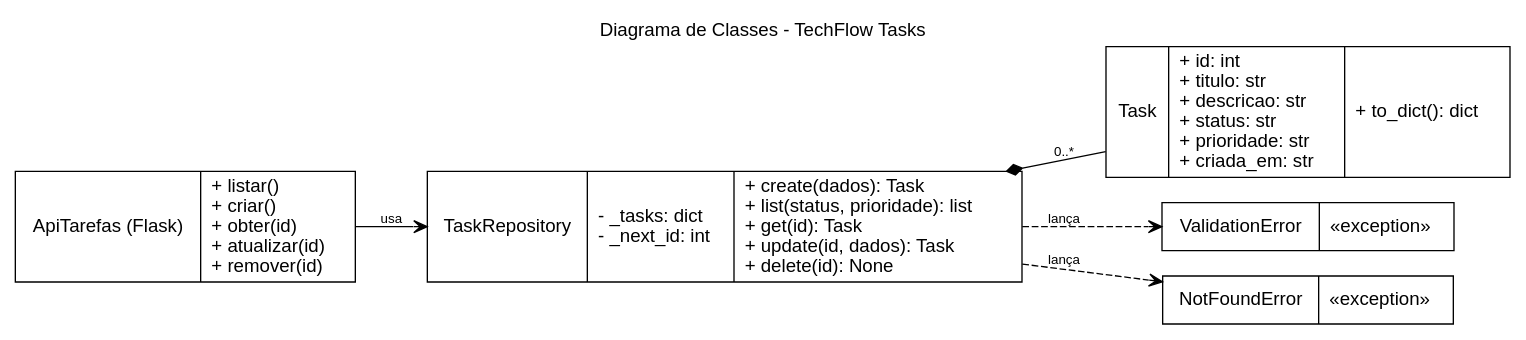
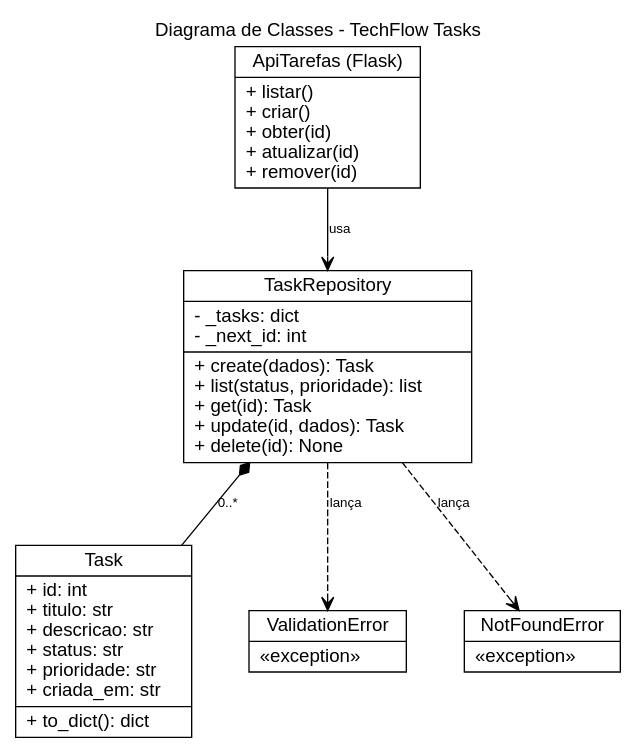
Before and after one commit to Fernando-dev241/techflow-tasks: the diagram in docs/diagrama_classes.dot, drawn with Graphviz. The commit also changed 4 other files, not shown here.

Commit message:
docs: melhora legibilidade dos diagramas UML (casos de uso e classes)

```diff
--- a/docs/diagrama_classes.dot
+++ b/docs/diagrama_classes.dot
@@ -1,15 +1,15 @@
 digraph classes {
-  rankdir=LR; fontname="Helvetica"; labelloc=t;
+  rankdir=TB; nodesep=0.6; ranksep=0.7; fontname="Helvetica"; labelloc=t;
   label="Diagrama de Classes - TechFlow Tasks";
   node [shape=record, fontname="Helvetica", style=filled, fillcolor="#FFFFFF"];
   edge [fontname="Helvetica", fontsize=10];
   api [label="{ApiTarefas (Flask)|+ listar()\l+ criar()\l+ obter(id)\l+ atualizar(id)\l+ remover(id)\l}"];
   repo [label="{TaskRepository|- _tasks: dict\l- _next_id: int\l|+ create(dados): Task\l+ list(status, prioridade): list\l+ get(id): Task\l+ update(id, dados): Task\l+ delete(id): None\l}"];
   task [label="{Task|+ id: int\l+ titulo: str\l+ descricao: str\l+ status: str\l+ prioridade: str\l+ criada_em: str\l|+ to_dict(): dict\l}"];
   verr [label="{ValidationError|«exception»\l}"];
   nerr [label="{NotFoundError|«exception»\l}"];
   api -> repo [label="usa", arrowhead=vee];
   repo -> task [label="0..*", arrowtail=diamond, dir=back];
   repo -> verr [style=dashed, arrowhead=vee, label="lança"];
   repo -> nerr [style=dashed, arrowhead=vee, label="lança"];
 }
```
